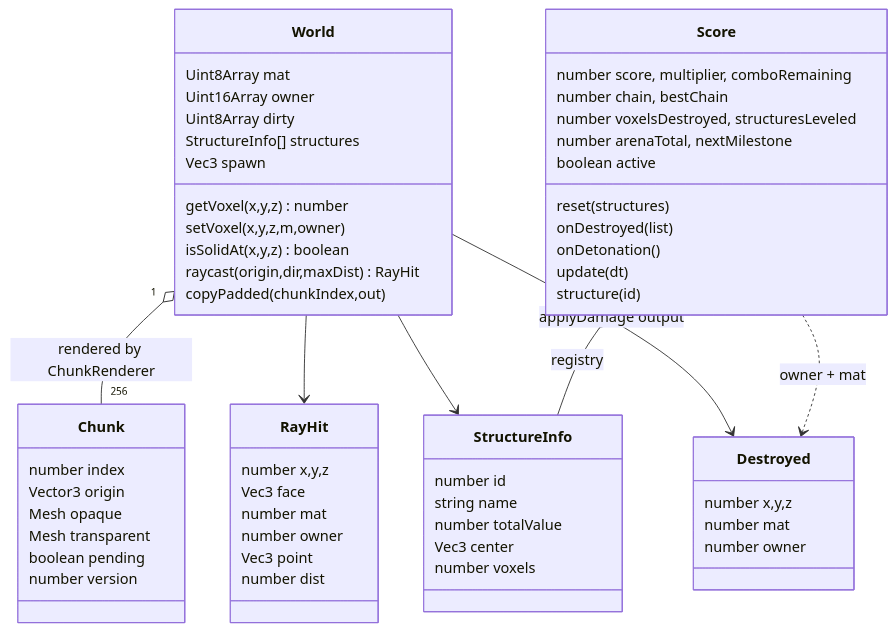
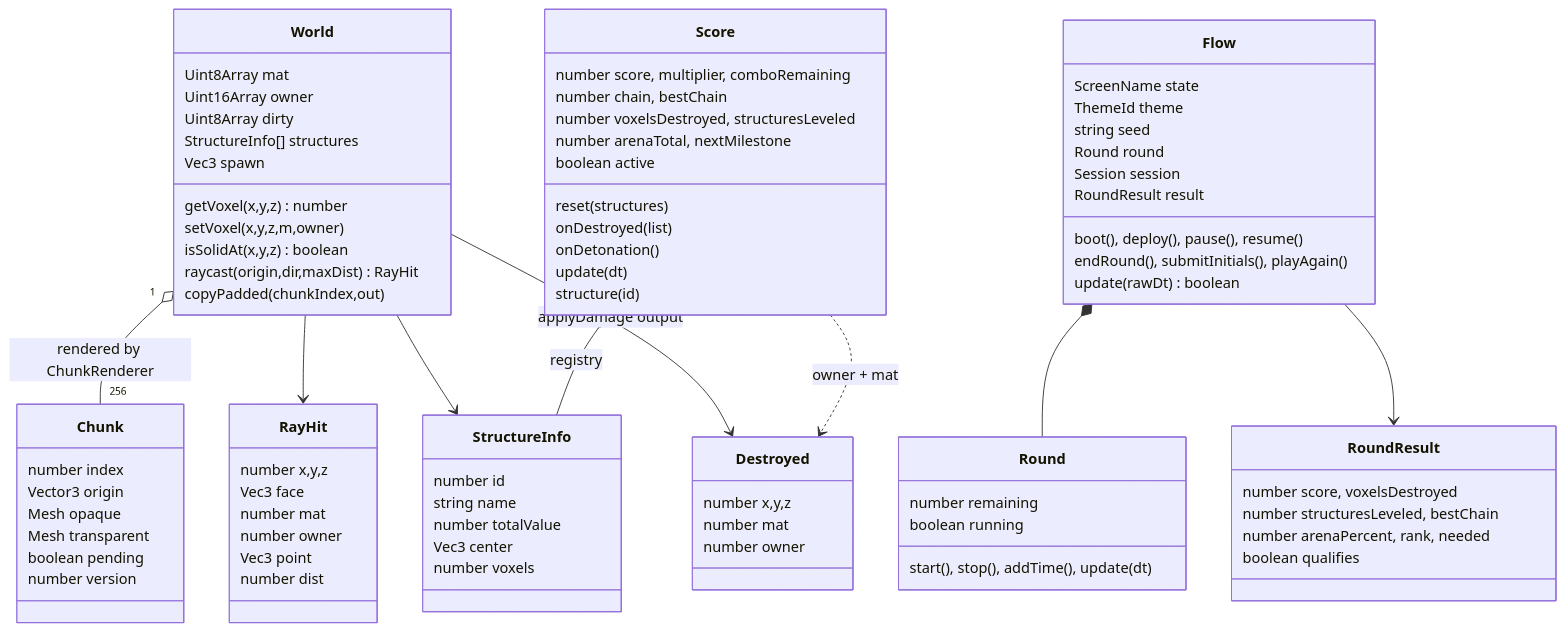
The tenth of 11 diagrams in docs/DEVELOPER-TREE.md (chesterbait88/Sandbox), drawn with Mermaid before and after one commit. The commit also changed other lines of this file and 10 other files, not shown here.

First line of the commit message:
phase 4: game flow and HUD — Flow state machine, round clock, nine screens, HUD widgets, in-memory API, end-to-end round

```diff
--- a/docs/DEVELOPER-TREE.md
+++ b/docs/DEVELOPER-TREE.md
@@ -256,6 +296,30 @@
         Vec3 center
         number voxels
     }
+    class Flow {
+        ScreenName state
+        ThemeId theme
+        string seed
+        Round round
+        Session session
+        RoundResult result
+        boot(), deploy(), pause(), resume()
+        endRound(), submitInitials(), playAgain()
+        update(rawDt) boolean
+    }
+    class Round {
+        number remaining
+        boolean running
+        start(), stop(), addTime(), update(dt)
+    }
+    class RoundResult {
+        number score, voxelsDestroyed
+        number structuresLeveled, bestChain
+        number arenaPercent, rank, needed
+        boolean qualifies
+    }
+    Flow *-- Round
+    Flow --> RoundResult
     class Score {
         number score, multiplier, comboRemaining
         number chain, bestChain
```
